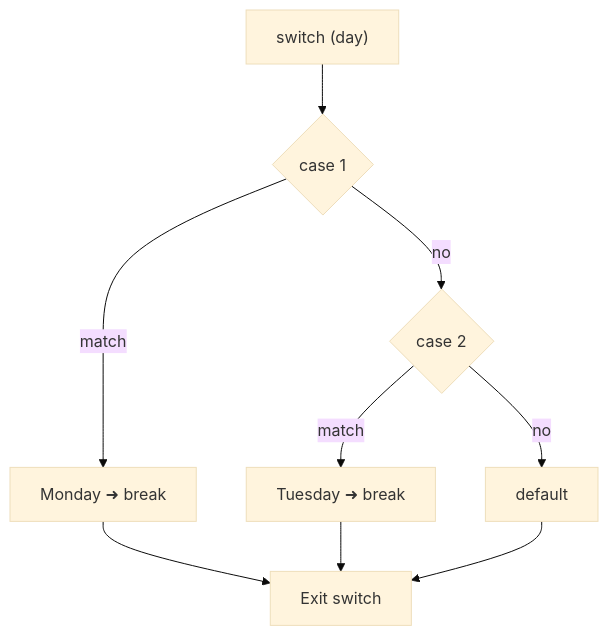
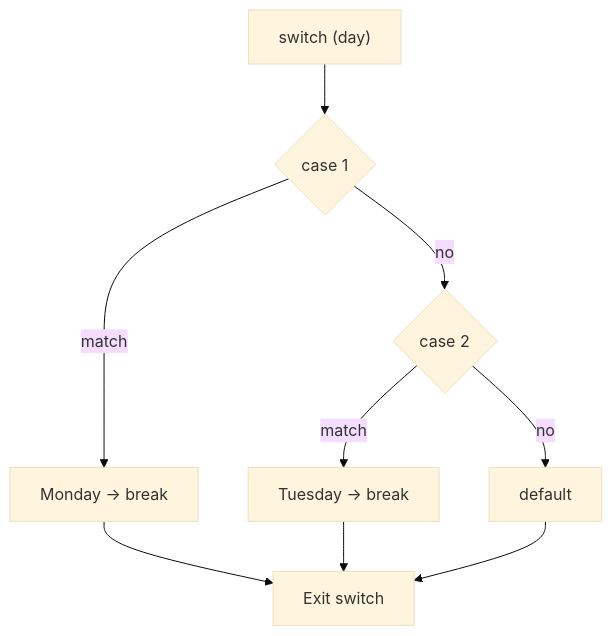
The fourth of 4 diagrams in src/Theory/03-Operators-and-Control-Statements/03-Conditional-Statements.md (kundankumarsharma56/Leaning-Java), drawn with Mermaid (base theme) before and after one commit. The commit also changed other lines of this file and 84 other files, not shown here.

````diff
--- a/src/Theory/03-Operators-and-Control-Statements/03-Conditional-Statements.md
+++ b/src/Theory/03-Operators-and-Control-Statements/03-Conditional-Statements.md
@@ -124,11 +124,11 @@
 ```mermaid
 flowchart TD
     S["switch (day)"] --> C1{"case 1"}
-    C1 -->|match| B1["Monday ➜ break"]
+    C1 -->|match| B1["Monday → break"]
     C1 -->|no| C2{"case 2"}
-    C2 -->|match| B2["Tuesday ➜ break"]
+    C2 -->|match| B2["Tuesday → break"]
     C2 -->|no| D["default"]
     B1 --> X["Exit switch"]
     B2 --> X
     D --> X
 ```
````
